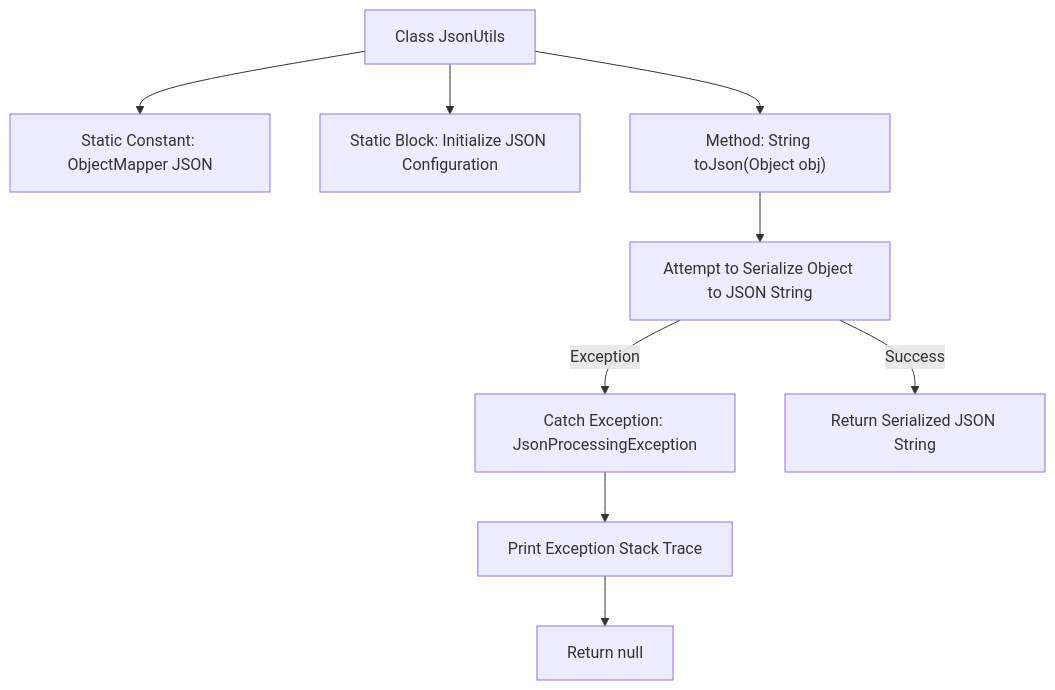
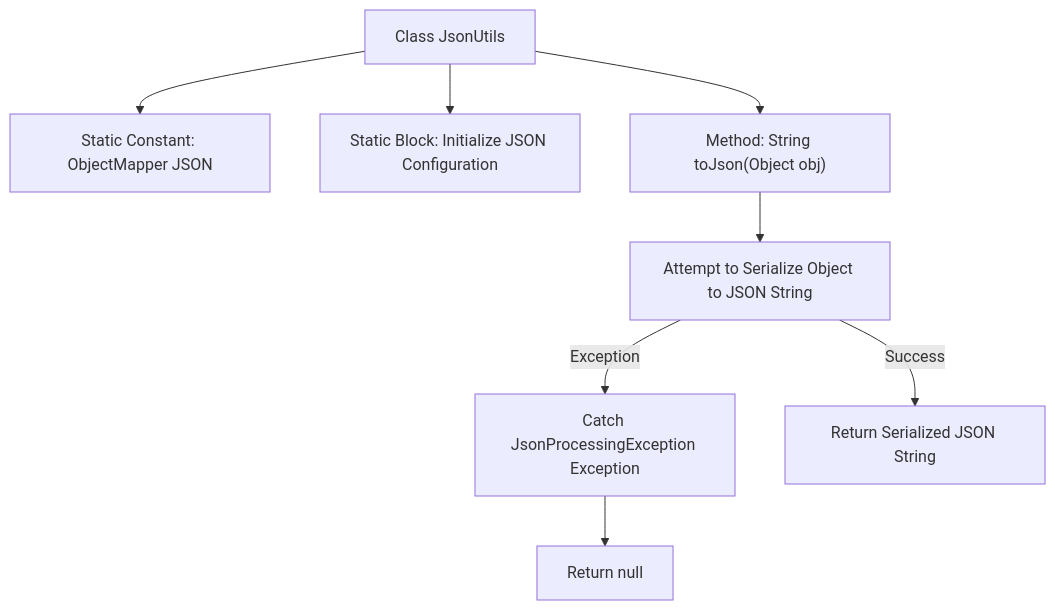
The second of 2 diagrams in docs/en/docs/src/main/java/com/github/binarywang/demo/wx/miniapp/utils/JsonUtils.md (v-wjrong/binary_weixin-java-miniapp-demo), drawn with Mermaid before and after one commit. The commit also changed other lines of this file and 47 other files, not shown here.

````diff
--- a/docs/en/docs/src/main/java/com/github/binarywang/demo/wx/miniapp/utils/JsonUtils.md
+++ b/docs/en/docs/src/main/java/com/github/binarywang/demo/wx/miniapp/utils/JsonUtils.md
@@ -74,19 +73,18 @@
 ```mermaid
 graph TD
     A["Class JsonUtils"]
     B["Static Constant: ObjectMapper JSON"]
     C["Static Block: Initialize JSON Configuration"]
     D["Method: String toJson(Object obj)"]
     E["Attempt to Serialize Object to JSON String"]
-    F["Catch Exception: JsonProcessingException"]
+    F["Catch JsonProcessingException Exception"]
     G["Return null"]
 
     A --> B
     A --> C
     A --> D
     D --> E
     E -- Success --> H["Return Serialized JSON String"]
     E -- Exception --> F
-    F --> I["Print Exception Stack Trace"]
-    I --> G
+    F --> G
 ```
````
